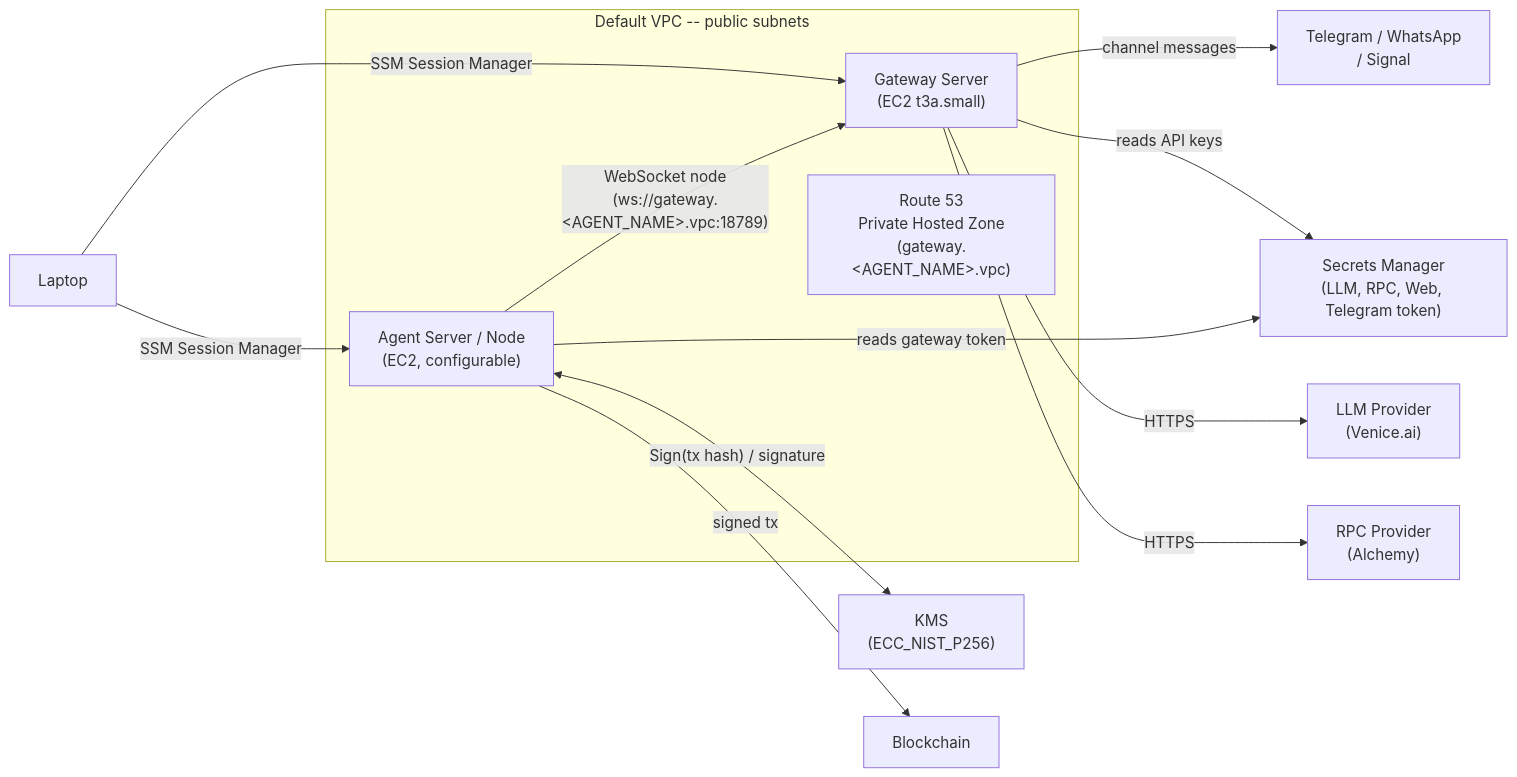
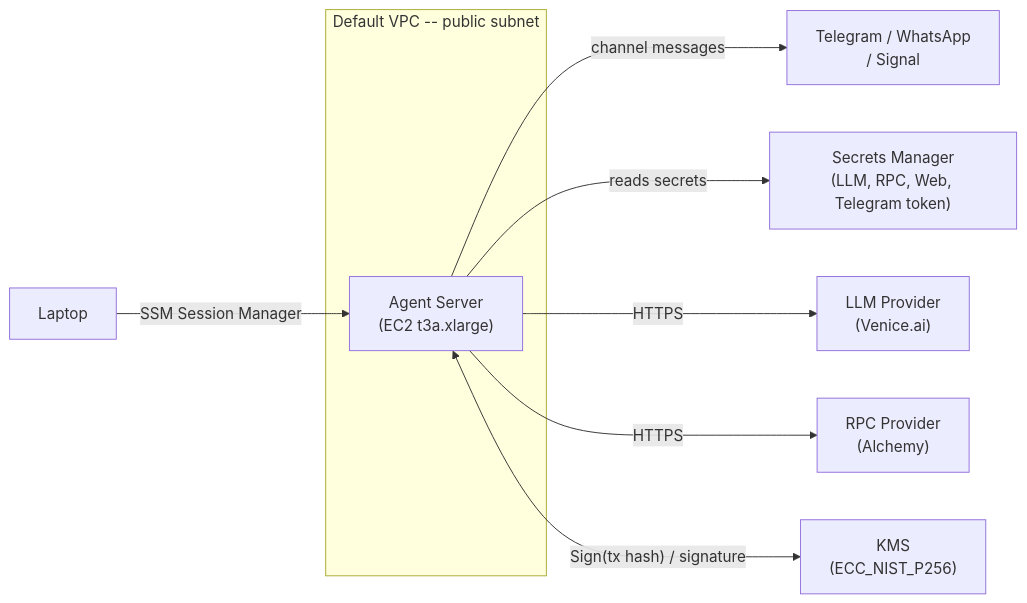
One commit to barretodavid/openclaw-aws changed the diagram in README.md. Above: the diagram before and after it, drawn with Mermaid. The commit also changed other lines of this file and 21 other files, not shown here.

````diff
--- a/README.md
+++ b/README.md
@@ -7,18 +7,12 @@
 ```mermaid
 graph LR
-    Laptop -->|"SSM Session Manager"| AgentEC2
-    Laptop -->|"SSM Session Manager"| GatewayEC2
-    subgraph VPC ["Default VPC -- public subnets"]
-        DNS["Route 53<br/>Private Hosted Zone<br/>(gateway.&lt;AGENT_NAME&gt;.vpc)"]
-        AgentEC2["Agent Server / Node<br/>(EC2, configurable)"]
-        GatewayEC2["Gateway Server<br/>(EC2 t3a.small)"]
-        AgentEC2 -->|"WebSocket node<br/>(ws://gateway.&lt;AGENT_NAME&gt;.vpc:18789)"| GatewayEC2
+    Laptop -->|"SSM Session Manager"| EC2
+    subgraph VPC ["Default VPC -- public subnet"]
+        EC2["Agent Server<br/>(EC2 t3a.xlarge)"]
     end
-    GatewayEC2 -->|"channel messages"| Channels["Telegram / WhatsApp<br/>/ Signal"]
-    GatewayEC2 -->|"reads API keys"| SM["Secrets Manager<br/>(LLM, RPC, Web, Telegram token)"]
-    AgentEC2 -->|"reads gateway token"| SM
-    GatewayEC2 -->|"HTTPS"| LLM["LLM Provider<br/>(Venice.ai)"]
-    GatewayEC2 -->|"HTTPS"| RPC["RPC Provider<br/>(Alchemy)"]
-    AgentEC2 <-->|"Sign(tx hash) / signature"| KMS["KMS<br/>(ECC_NIST_P256)"]
-    AgentEC2 -->|"signed tx"| Blockchain
+    EC2 -->|"channel messages"| Channels["Telegram / WhatsApp<br/>/ Signal"]
+    EC2 -->|"reads secrets"| SM["Secrets Manager<br/>(LLM, RPC, Web, Telegram token)"]
+    EC2 -->|"HTTPS"| LLM["LLM Provider<br/>(Venice.ai)"]
+    EC2 -->|"HTTPS"| RPC["RPC Provider<br/>(Alchemy)"]
+    EC2 <-->|"Sign(tx hash) / signature"| KMS["KMS<br/>(ECC_NIST_P256)"]
 ```
````
